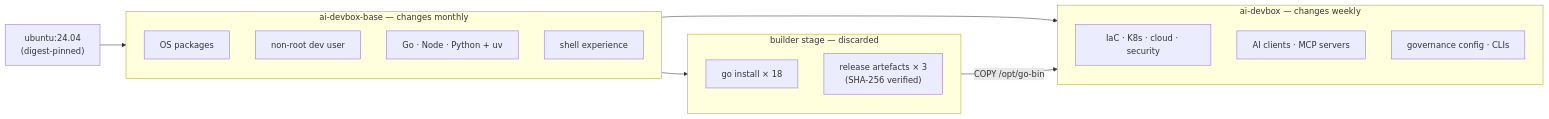
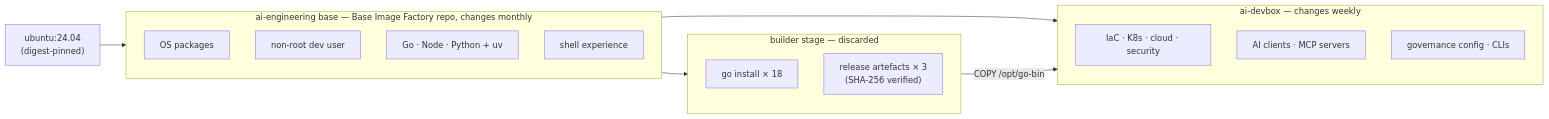
One commit to droderiquesit/development-box changed the second of 5 diagrams in docs/architecture.md. Above: the diagram before and after it, drawn with Mermaid. The commit also changed other lines of this file and 23 other files, not shown here.

First line of the commit message:
refactor: split the base image into the Base Image Factory; consume its published release (#13)

````diff
--- a/docs/architecture.md
+++ b/docs/architecture.md
@@ -112,22 +119,22 @@
 ```mermaid
 flowchart LR
     UB["ubuntu:24.04<br/>(digest-pinned)"] --> BASE
-    subgraph BASE["ai-devbox-base — changes monthly"]
+    subgraph BASE["ai-engineering base — Base Image Factory repo, changes monthly"]
         B1["OS packages"]
         B2["non-root dev user"]
         B3["Go · Node · Python + uv"]
         B4["shell experience"]
     end
     BASE --> BUILDER
     BASE --> DEVBOX
     subgraph BUILDER["builder stage — discarded"]
         G1["go install × 18"]
         G2["release artefacts × 3<br/>(SHA-256 verified)"]
     end
     BUILDER -->|"COPY /opt/go-bin"| DEVBOX
     subgraph DEVBOX["ai-devbox — changes weekly"]
         D1["IaC · K8s · cloud · security"]
         D2["AI clients · MCP servers"]
         D3["governance config · CLIs"]
     end
 ```
````
